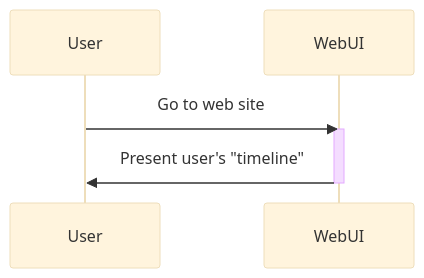
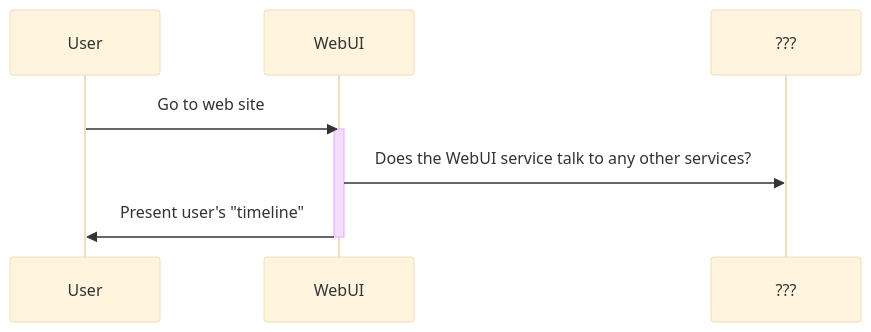
The diagram in Requirements.md (LiamBoz/ClapTrap), drawn with Mermaid (base theme) before and after one commit.

Commit message:
sequence diagram for Create Post use case

````diff
--- a/Requirements.md
+++ b/Requirements.md
@@ -65,7 +65,8 @@
 ```mermaid
 sequenceDiagram
   User->>WebUI: Go to web site
   activate WebUI
+  WebUI->>???: Does the WebUI service talk to any other services?
   WebUI->>User: Present user's "timeline"
   deactivate WebUI
 ```
````
